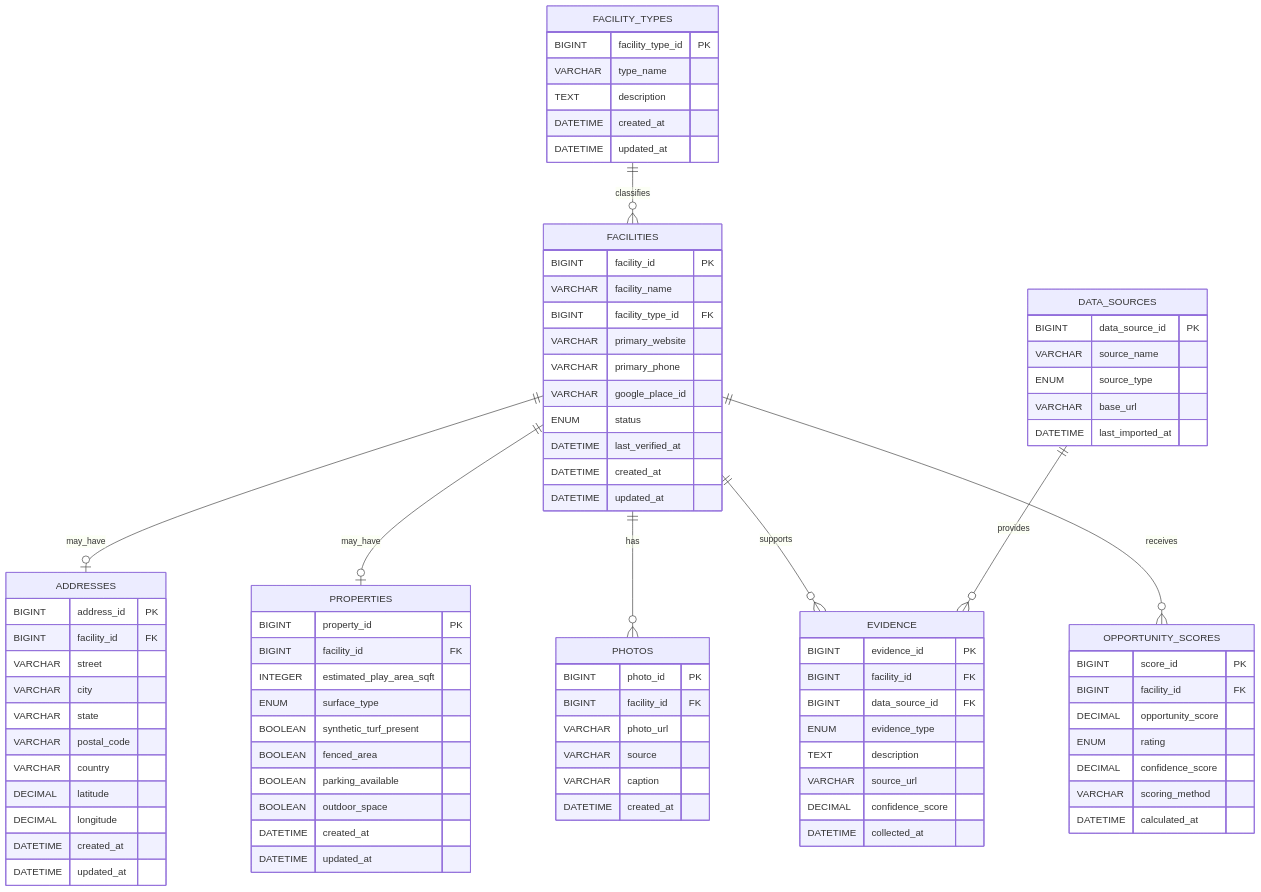
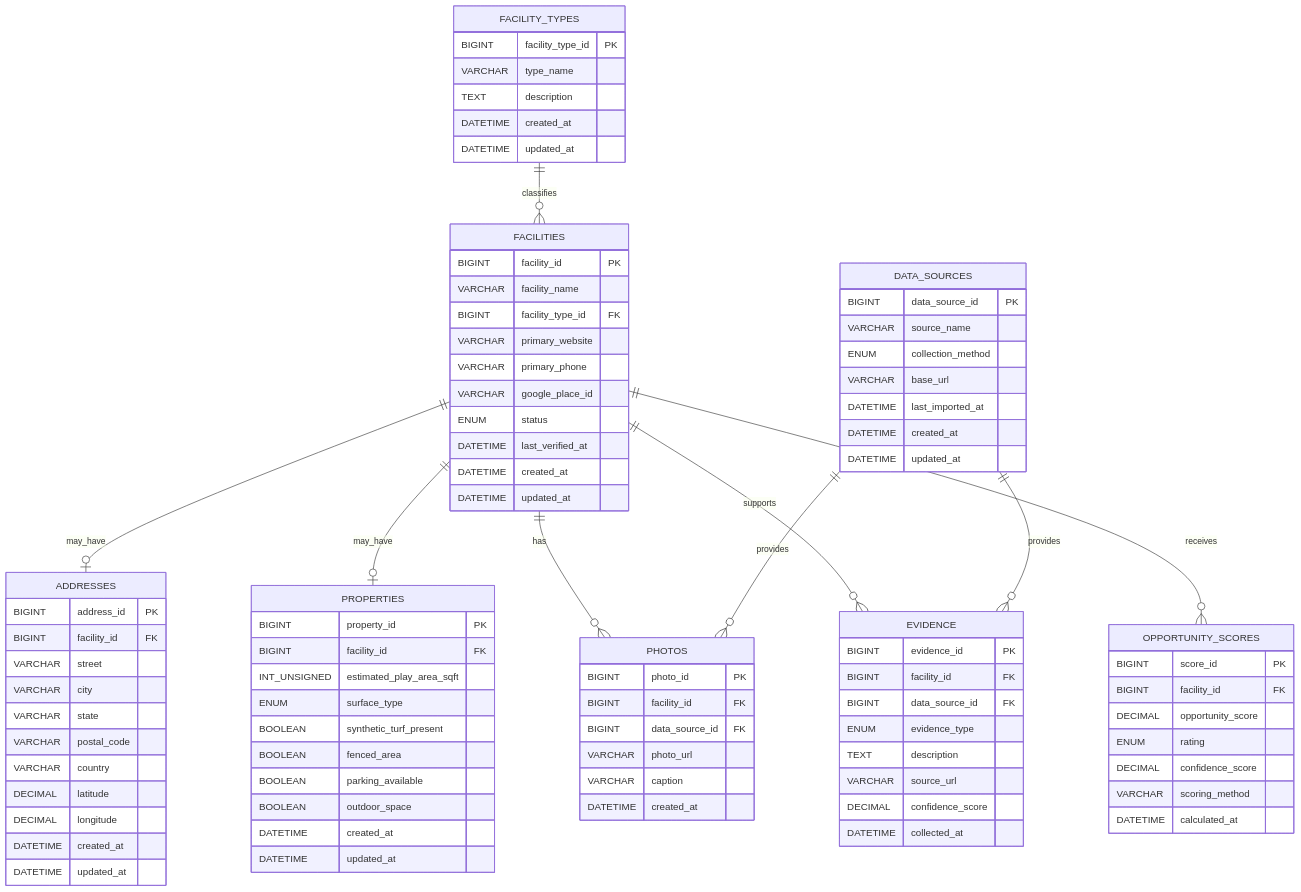
One commit to Melkang/turf-facility-finder changed the diagram in docs/06-database-entity-relationship-diagram.md. Above: the diagram before and after it, drawn with Mermaid. The commit also changed other lines of this file and 6 other files, not shown here.

Commit message:
Added coordinate limits in schema doc, unique constraintsm indexingm photo to data source relationship.

```diff
--- a/docs/06-database-entity-relationship-diagram.md
+++ b/docs/06-database-entity-relationship-diagram.md
@@ -98,6 +107,7 @@
     FACILITIES ||--o| ADDRESSES : may_have
     FACILITIES ||--o| PROPERTIES : may_have
     FACILITIES ||--o{ PHOTOS : has
+    DATA_SOURCES ||--o{ PHOTOS : provides
     FACILITIES ||--o{ EVIDENCE : supports
     DATA_SOURCES ||--o{ EVIDENCE : provides
     FACILITIES ||--o{ OPPORTUNITY_SCORES : receives
@@ -140,7 +150,7 @@
     PROPERTIES {
         BIGINT property_id PK
         BIGINT facility_id FK
-        INTEGER estimated_play_area_sqft
+        INT_UNSIGNED estimated_play_area_sqft
         ENUM surface_type
         BOOLEAN synthetic_turf_present
         BOOLEAN fenced_area
@@ -153,8 +163,8 @@
     PHOTOS {
         BIGINT photo_id PK
         BIGINT facility_id FK
+        BIGINT data_source_id FK
         VARCHAR photo_url
-        VARCHAR source
         VARCHAR caption
         DATETIME created_at
     }
@@ -173,9 +183,11 @@
     DATA_SOURCES {
         BIGINT data_source_id PK
         VARCHAR source_name
-        ENUM source_type
+        ENUM collection_method
         VARCHAR base_url
         DATETIME last_imported_at
+        DATETIME created_at
+        DATETIME updated_at
     }
 
     OPPORTUNITY_SCORES {
```
